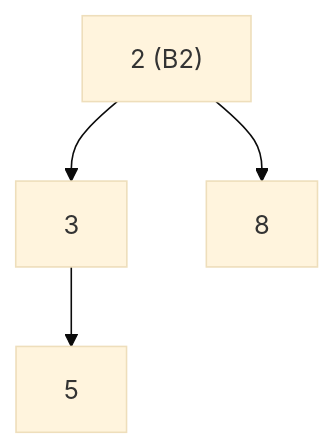
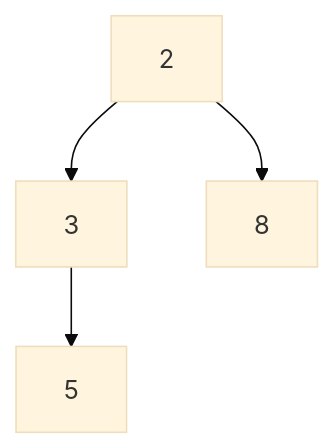
Before and after one commit to DeepLumiere/DeepSkills: diagram 26 of 59 in notes/design_and_analysis_of_algorithms/Unit_04_Advanced_Data_Structures.md, drawn with Mermaid (base theme). The commit also changed other lines of this file, not shown here.

````diff
--- a/notes/design_and_analysis_of_algorithms/Unit_04_Advanced_Data_Structures.md
+++ b/notes/design_and_analysis_of_algorithms/Unit_04_Advanced_Data_Structures.md
@@ -797,6 +925,6 @@
 ```mermaid
 flowchart TD
-    after4["2 (B2)"] --> a4c1["3"]
-    after4 --> a4c2["8"]
-    a4c1 --> a4gc["5"]
+    s4_2["2"] --> s4_3["3"]
+    s4_2 --> s4_8["8"]
+    s4_3 --> s4_5["5"]
 ```
````
